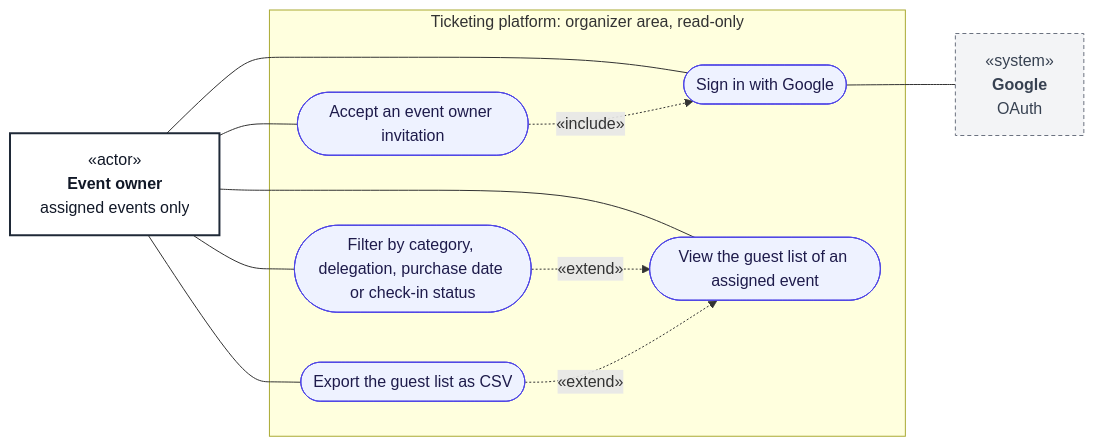
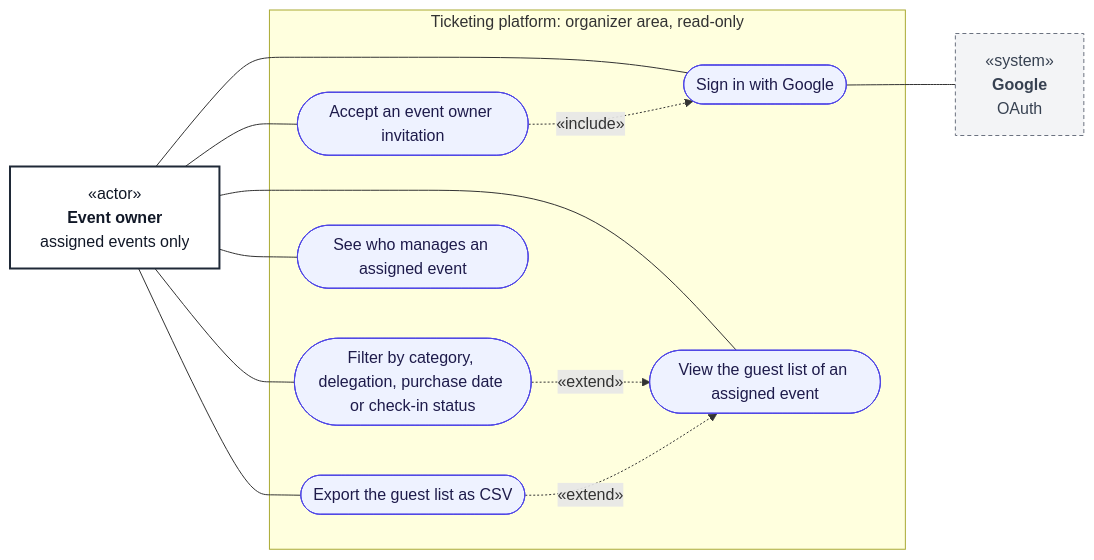
The diagram in doc/diagrams/use-cases/03-event-owner.md (kreativesahara/ticket), drawn with Mermaid before and after one commit. The commit also changed other lines of this file and 39 other files, not shown here.

Commit message:
feat: add documentation, system diagrams, and state machine specifications for roles, use cases, and architecture

````diff
--- a/doc/diagrams/use-cases/03-event-owner.md
+++ b/doc/diagrams/use-cases/03-event-owner.md
@@ -9,30 +9,32 @@
 ```mermaid
 flowchart LR
     classDef actor fill:#ffffff,stroke:#1f2937,stroke-width:2px,color:#111827
     classDef external fill:#f3f4f6,stroke:#6b7280,stroke-width:1px,stroke-dasharray:4 3,color:#374151
     classDef usecase fill:#eef2ff,stroke:#4f46e5,stroke-width:1px,color:#1e1b4b
 
     Owner["«actor»<br/><b>Event owner</b><br/>assigned events only"]:::actor
 
     subgraph SYS["Ticketing platform: organizer area, read-only"]
         O1(["Sign in with Google"]):::usecase
         O2(["Accept an event owner invitation"]):::usecase
         O3(["View the guest list of an assigned event"]):::usecase
         O4(["Filter by category, delegation, purchase date or check-in status"]):::usecase
         O5(["Export the guest list as CSV"]):::usecase
+        O6(["See who manages an assigned event"]):::usecase
     end
 
     Google["«system»<br/><b>Google</b><br/>OAuth"]:::external
 
     Owner --- O1
     Owner --- O2
     Owner --- O3
     Owner --- O4
     Owner --- O5
+    Owner --- O6
 
     O2 -.->|"«include»"| O1
     O4 -.->|"«extend»"| O3
     O5 -.->|"«extend»"| O3
 
     O1 --- Google
 ```
````
